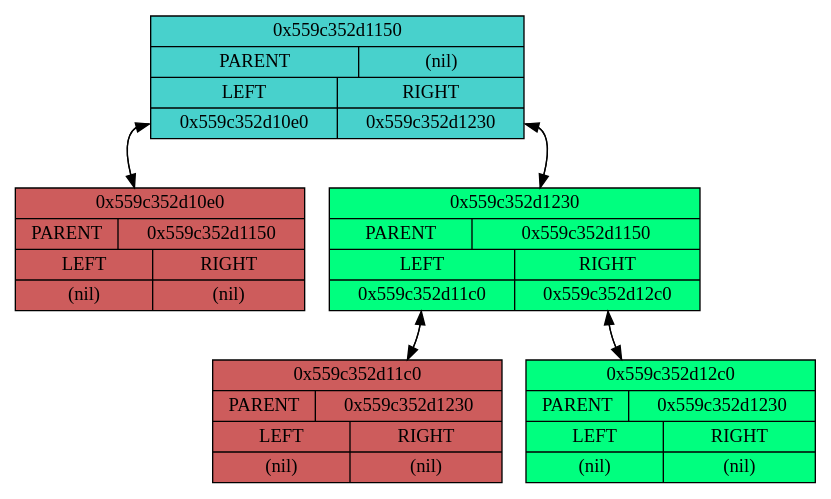
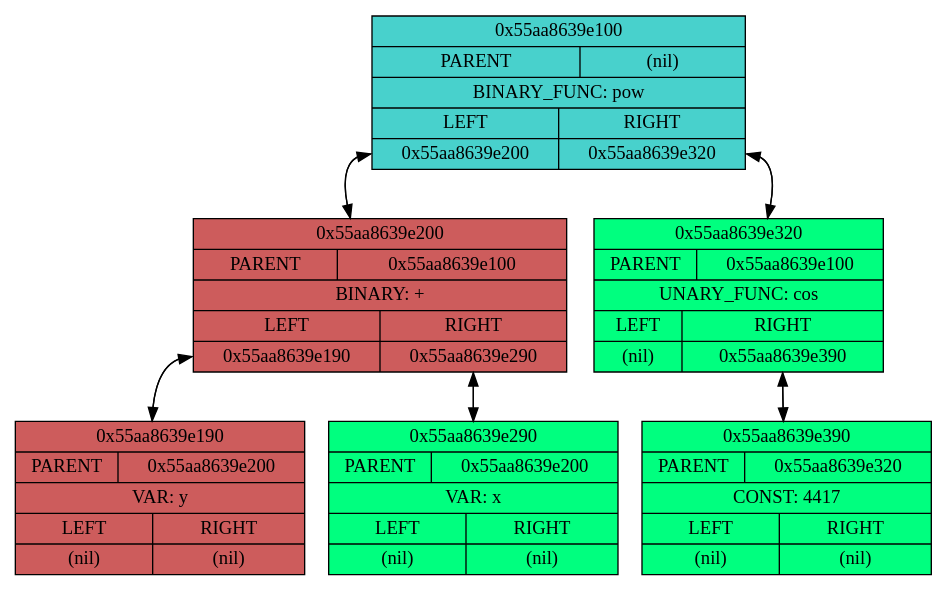
Before and after one commit to AlgebraicWolf/Differentiator: the diagram in cmake-build-debug/dump.dot, drawn with Graphviz. The commit also changed 13 other files, not shown here.

```diff
--- a/cmake-build-debug/dump.dot
+++ b/cmake-build-debug/dump.dot
@@ -1,16 +1,19 @@
 digraph {
 concentrate=true
-node0x559c352d1150[shape=record, label="{0x559c352d1150 | {PARENT|(nil)} | {{LEFT |<left> 0x559c352d10e0} | {RIGHT |<right> 0x559c352d1230}}}", style=filled, fillcolor=mediumturquoise];
-node0x559c352d10e0[shape=record, label="{0x559c352d10e0 | {PARENT|0x559c352d1150} | {{LEFT |<left> (nil)} | {RIGHT |<right> (nil)}}}", style=filled, fillcolor=indianred];
-node0x559c352d10e0 -> node0x559c352d1150:left;
-node0x559c352d1150:left -> node0x559c352d10e0;
-node0x559c352d1230[shape=record, label="{0x559c352d1230 | {PARENT|0x559c352d1150} | {{LEFT |<left> 0x559c352d11c0} | {RIGHT |<right> 0x559c352d12c0}}}", style=filled, fillcolor=springgreen];
-node0x559c352d1230 -> node0x559c352d1150:right;
-node0x559c352d1150:right -> node0x559c352d1230;
-node0x559c352d11c0[shape=record, label="{0x559c352d11c0 | {PARENT|0x559c352d1230} | {{LEFT |<left> (nil)} | {RIGHT |<right> (nil)}}}", style=filled, fillcolor=indianred];
-node0x559c352d11c0 -> node0x559c352d1230:left;
-node0x559c352d1230:left -> node0x559c352d11c0;
-node0x559c352d12c0[shape=record, label="{0x559c352d12c0 | {PARENT|0x559c352d1230} | {{LEFT |<left> (nil)} | {RIGHT |<right> (nil)}}}", style=filled, fillcolor=springgreen];
-node0x559c352d12c0 -> node0x559c352d1230:right;
-node0x559c352d1230:right -> node0x559c352d12c0;
+node0x55aa8639e100[shape=record, label="{0x55aa8639e100 | {PARENT|(nil)}| BINARY_FUNC: pow | {{LEFT |<left> 0x55aa8639e200} | {RIGHT |<right> 0x55aa8639e320}}}", style=filled, fillcolor=mediumturquoise];
+node0x55aa8639e200[shape=record, label="{0x55aa8639e200 | {PARENT|0x55aa8639e100}| BINARY: + | {{LEFT |<left> 0x55aa8639e190} | {RIGHT |<right> 0x55aa8639e290}}}", style=filled, fillcolor=indianred];
+node0x55aa8639e200 -> node0x55aa8639e100:left;
+node0x55aa8639e100:left -> node0x55aa8639e200;
+node0x55aa8639e190[shape=record, label="{0x55aa8639e190 | {PARENT|0x55aa8639e200}| VAR: y | {{LEFT |<left> (nil)} | {RIGHT |<right> (nil)}}}", style=filled, fillcolor=indianred];
+node0x55aa8639e190 -> node0x55aa8639e200:left;
+node0x55aa8639e200:left -> node0x55aa8639e190;
+node0x55aa8639e290[shape=record, label="{0x55aa8639e290 | {PARENT|0x55aa8639e200}| VAR: x | {{LEFT |<left> (nil)} | {RIGHT |<right> (nil)}}}", style=filled, fillcolor=springgreen];
+node0x55aa8639e290 -> node0x55aa8639e200:right;
+node0x55aa8639e200:right -> node0x55aa8639e290;
+node0x55aa8639e320[shape=record, label="{0x55aa8639e320 | {PARENT|0x55aa8639e100}| UNARY_FUNC: cos | {{LEFT |<left> (nil)} | {RIGHT |<right> 0x55aa8639e390}}}", style=filled, fillcolor=springgreen];
+node0x55aa8639e320 -> node0x55aa8639e100:right;
+node0x55aa8639e100:right -> node0x55aa8639e320;
+node0x55aa8639e390[shape=record, label="{0x55aa8639e390 | {PARENT|0x55aa8639e320}| CONST: 4417 | {{LEFT |<left> (nil)} | {RIGHT |<right> (nil)}}}", style=filled, fillcolor=springgreen];
+node0x55aa8639e390 -> node0x55aa8639e320:right;
+node0x55aa8639e320:right -> node0x55aa8639e390;
 }
```
